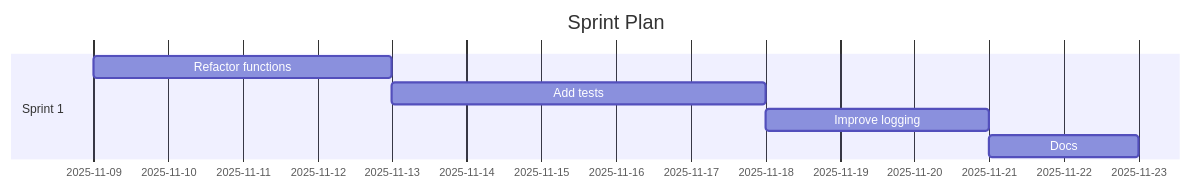
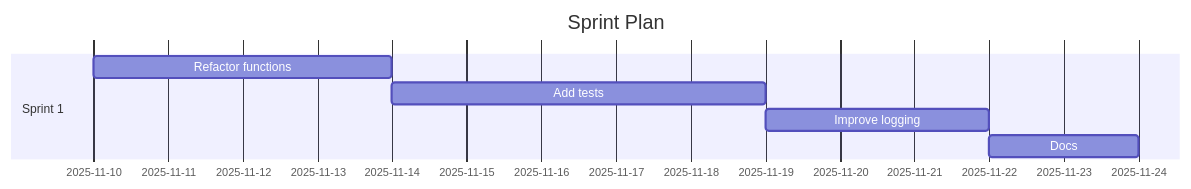
The diagram in demos/demo-code-analysis.sprint.md (Anselmoo/mcp-ai-agent-guidelines), drawn with Mermaid before and after one commit. The commit also changed other lines of this file and 21 other files, not shown here.

````diff
--- a/demos/demo-code-analysis.sprint.md
+++ b/demos/demo-code-analysis.sprint.md
@@ -59,11 +59,11 @@
 ```mermaid
 gantt
 	dateFormat  YYYY-MM-DD
 	title Sprint Plan
 %% Accessibility: Title=Project Sprint Plan; Description=Gantt chart of sprints and tasks over time. %%
   section Sprint 1
-  Refactor functions :s1t0, 2025-11-09, 4d
-  Add tests :s1t1, 2025-11-13, 5d
-  Improve logging :s1t2, 2025-11-18, 3d
-  Docs :s1t3, 2025-11-21, 2d
+  Refactor functions :s1t0, 2025-11-10, 4d
+  Add tests :s1t1, 2025-11-14, 5d
+  Improve logging :s1t2, 2025-11-19, 3d
+  Docs :s1t3, 2025-11-22, 2d
 ```
````
